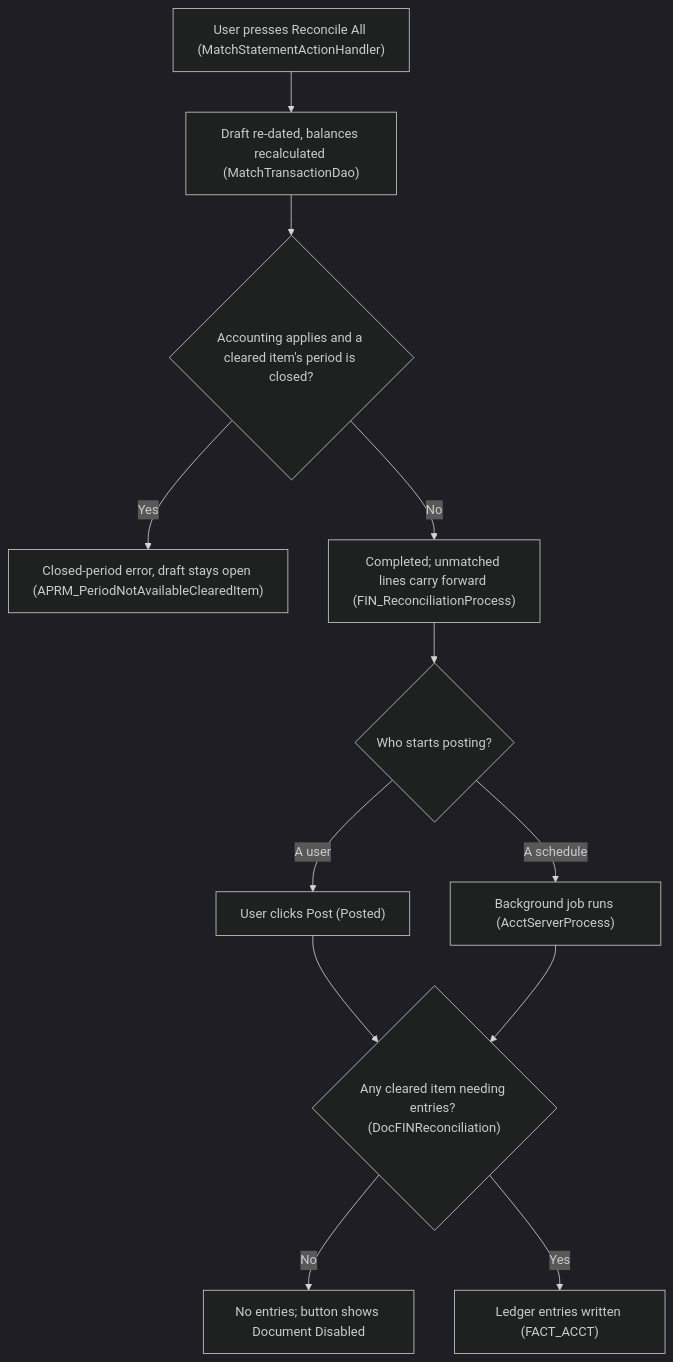
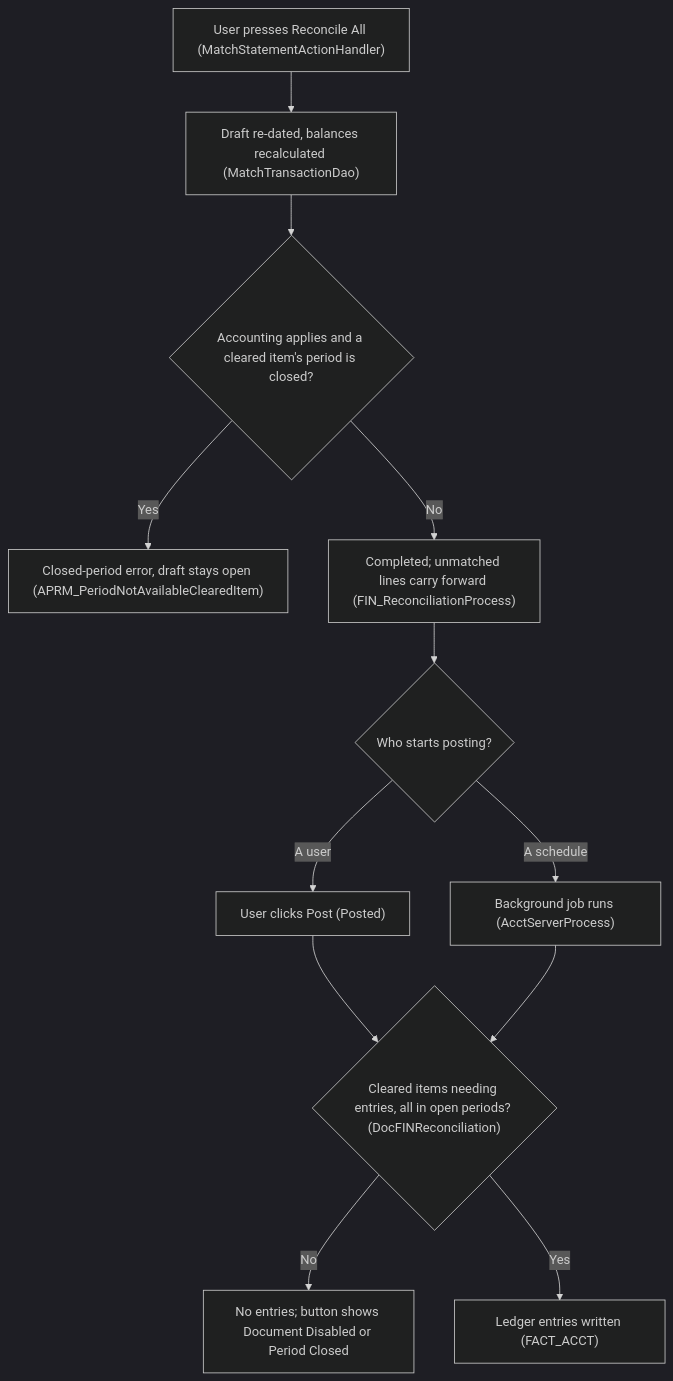
One commit to blitzy-public-samples/openbravo-erp changed the third of 9 diagrams in docs/analysis/analysis-1-current-state-reconciliation.md. Above: the diagram before and after it, drawn with Mermaid (dark theme). The commit also changed other lines of this file, not shown here.

````diff
--- a/docs/analysis/analysis-1-current-state-reconciliation.md
+++ b/docs/analysis/analysis-1-current-state-reconciliation.md
@@ -118,16 +121,16 @@
 ```mermaid
 flowchart TD
     accTitle: Figure 3. Completing and Posting the Reconciliation
     accDescr: The first diamond can refuse completion; the second shows what starts posting.
     A["User presses Reconcile All (MatchStatementActionHandler)"] --> B["Draft re-dated, balances recalculated (MatchTransactionDao)"]
     B --> C{"Accounting applies and a cleared item's period is closed?"}
     C -->|Yes| D["Closed-period error, draft stays open (APRM_PeriodNotAvailableClearedItem)"]
     C -->|No| E["Completed; unmatched lines carry forward (FIN_ReconciliationProcess)"]
     E --> F{"Who starts posting?"}
     F -->|A user| G["User clicks Post (Posted)"]
     F -->|A schedule| H["Background job runs (AcctServerProcess)"]
-    G --> I{"Any cleared item needing entries? (DocFINReconciliation)"}
+    G --> I{"Cleared items needing entries, all in open periods? (DocFINReconciliation)"}
     H --> I
-    I -->|No| J["No entries; button shows Document Disabled"]
+    I -->|No| J["No entries; button shows Document Disabled or Period Closed"]
     I -->|Yes| K["Ledger entries written (FACT_ACCT)"]
 ```
````
